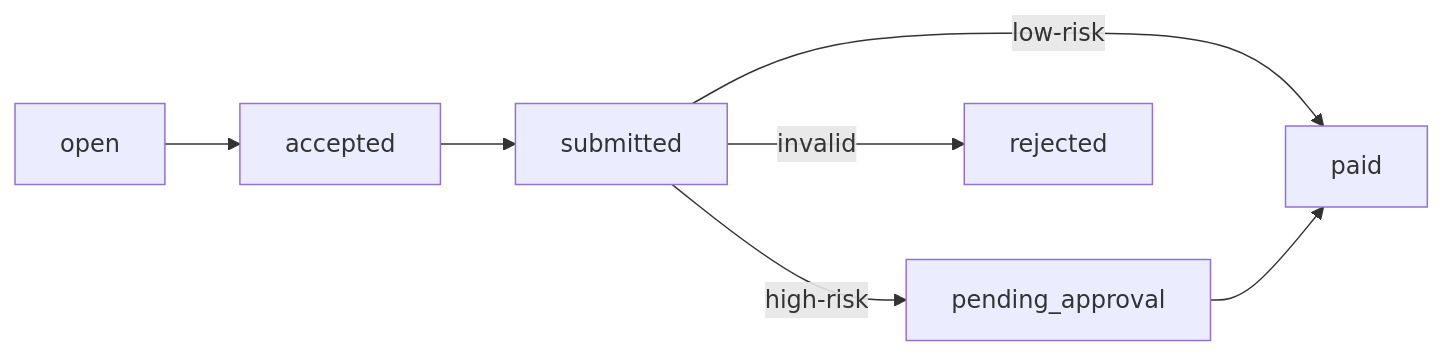
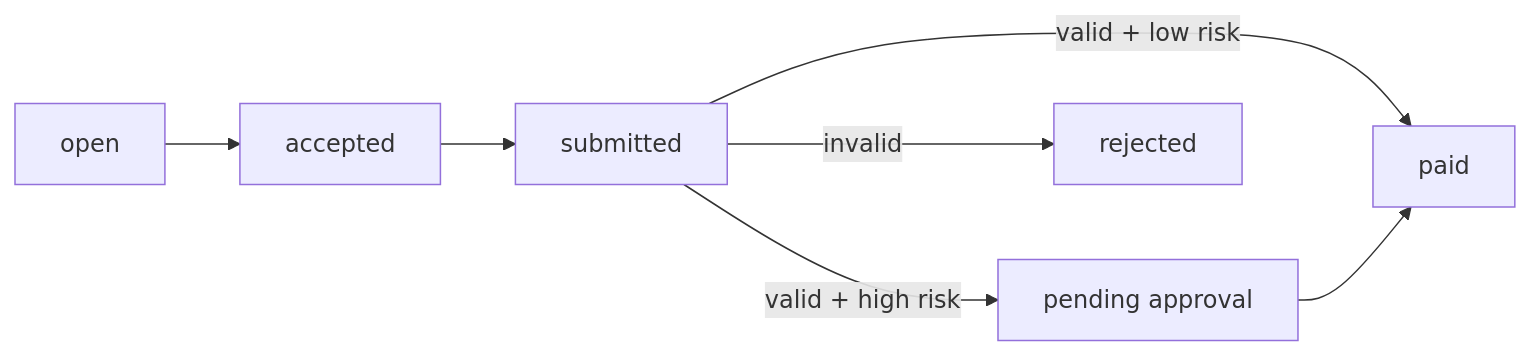
Before and after one commit to Basamasa/edgebind-oracle: the second of 2 diagrams in docs/architecture.md, drawn with Mermaid. The commit also changed other lines of this file and 11 other files, not shown here.

Commit message:
Polish live task flow and docs

````diff
--- a/docs/architecture.md
+++ b/docs/architecture.md
@@ -28,8 +32,9 @@
 ```mermaid
 flowchart LR
-    open[open] --> accepted[accepted] --> submitted[submitted]
-    submitted -->|low-risk| paid[paid]
-    submitted -->|high-risk| pending[pending_approval]
+    open[open] --> accepted[accepted]
+    accepted --> submitted[submitted]
+    submitted -->|valid + low risk| paid[paid]
+    submitted -->|valid + high risk| pending[pending approval]
     pending --> paid
     submitted -->|invalid| rejected[rejected]
 ```
````
